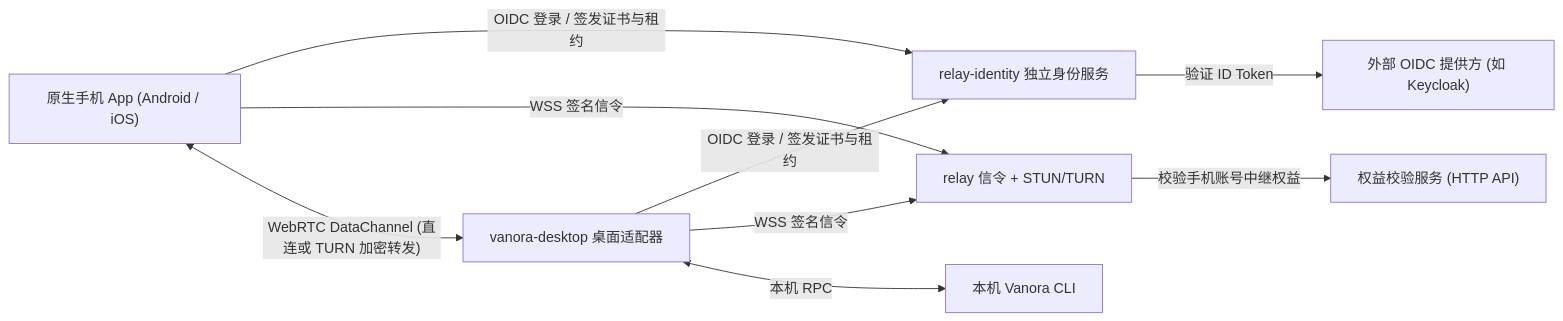
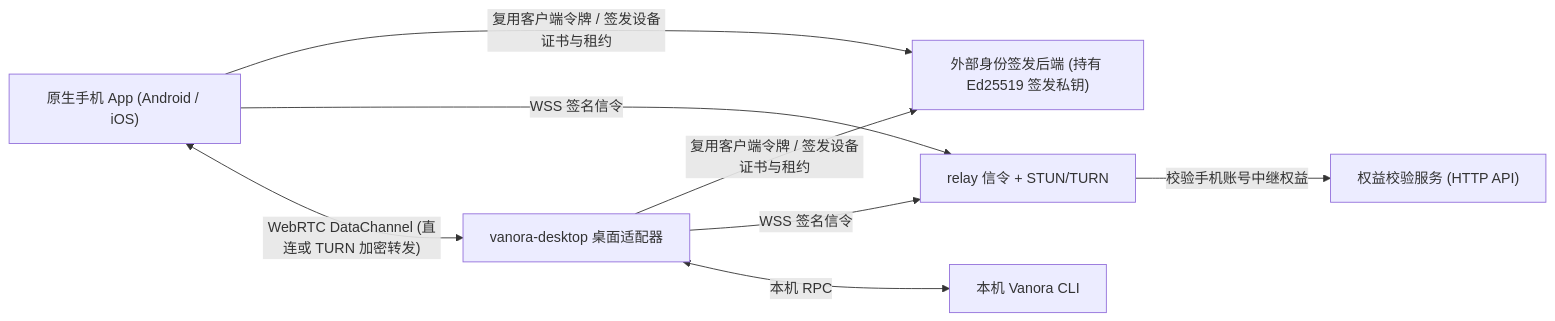
One commit to VANORA-Team/Vanora-relay changed the diagram in README.md. Above: the diagram before and after it, drawn with Mermaid. The commit also changed other lines of this file and 32 other files, not shown here.

````diff
--- a/README.md
+++ b/README.md
@@ -13,19 +14,17 @@
 ```mermaid
 flowchart LR
     Mobile["原生手机 App (Android / iOS)"]
     Desktop["vanora-desktop 桌面适配器"]
     Vanora["本机 Vanora CLI"]
-    Identity["relay-identity 独立身份服务"]
-    IdP["外部 OIDC 提供方 (如 Keycloak)"]
+    Identity["外部身份签发后端 (持有 Ed25519 签发私钥)"]
     Relay["relay 信令 + STUN/TURN"]
     Entitlement["权益校验服务 (HTTP API)"]
 
-    Mobile -- "OIDC 登录 / 签发证书与租约" --> Identity
-    Desktop -- "OIDC 登录 / 签发证书与租约" --> Identity
-    Identity -- "验证 ID Token" --> IdP
+    Mobile -- "复用客户端令牌 / 签发设备证书与租约" --> Identity
+    Desktop -- "复用客户端令牌 / 签发设备证书与租约" --> Identity
     Mobile -- "WSS 签名信令" --> Relay
     Desktop -- "WSS 签名信令" --> Relay
     Relay -- "校验手机账号中继权益" --> Entitlement
     Mobile <-- "WebRTC DataChannel (直连或 TURN 加密转发)" --> Desktop
     Desktop <-- "本机 RPC" --> Vanora
 ```
````
